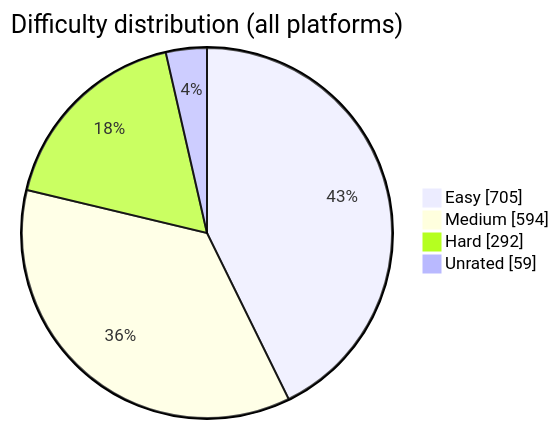
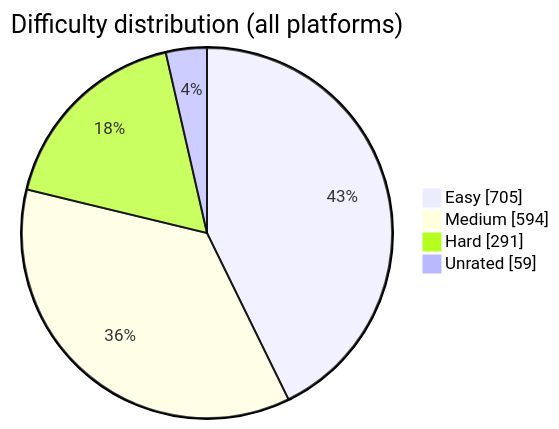
The diagram in README.md (BuildbyArindam/Daily-Coding-Log), drawn with Mermaid before and after one commit. The commit also changed other lines of this file, not shown here.

````diff
--- a/README.md
+++ b/README.md
@@ -93,7 +93,7 @@
 ```mermaid
 pie showData title Difficulty distribution (all platforms)
     "Easy" : 705
     "Medium" : 594
-    "Hard" : 292
+    "Hard" : 291
     "Unrated" : 59
 ```
````
